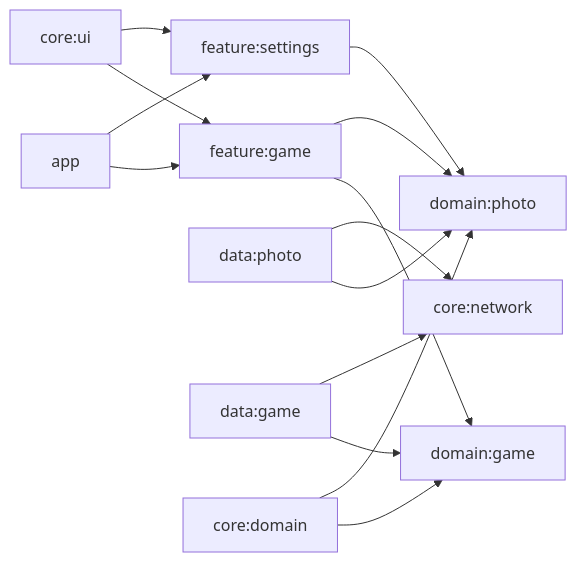
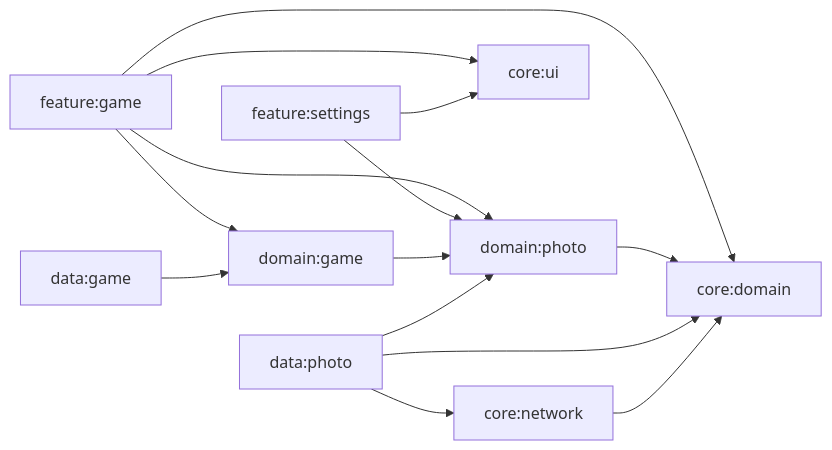
One commit to Knotworking/Where-Am-I changed the diagram in README.md. Above: the diagram before and after it, drawn with Mermaid.

Commit message:
Fix mermaid diagram arrow directions in README

````diff
--- a/README.md
+++ b/README.md
@@ -22,16 +22,16 @@
 ```mermaid
 graph LR
-    app --> feature_game["feature:game"]
-    app --> feature_settings["feature:settings"]
-    feature_game --> domain_game["domain:game"]
+    feature_game["feature:game"] --> domain_game["domain:game"]
     feature_game --> domain_photo["domain:photo"]
-    feature_settings --> domain_photo
+    feature_game --> core_ui["core:ui"]
+    feature_game --> core_domain["core:domain"]
+    feature_settings["feature:settings"] --> domain_photo
+    feature_settings --> core_ui
+    domain_game --> domain_photo
+    domain_photo --> core_domain
     data_photo["data:photo"] --> domain_photo
+    data_photo --> core_network["core:network"]
+    data_photo --> core_domain
     data_game["data:game"] --> domain_game
-    data_photo --> core_network["core:network"]
-    data_game --> core_network
-    core_ui["core:ui"] --> feature_game
-    core_ui --> feature_settings
-    core_domain["core:domain"] --> domain_game
-    core_domain --> domain_photo
+    core_network --> core_domain["core:domain"]
 ```
````
